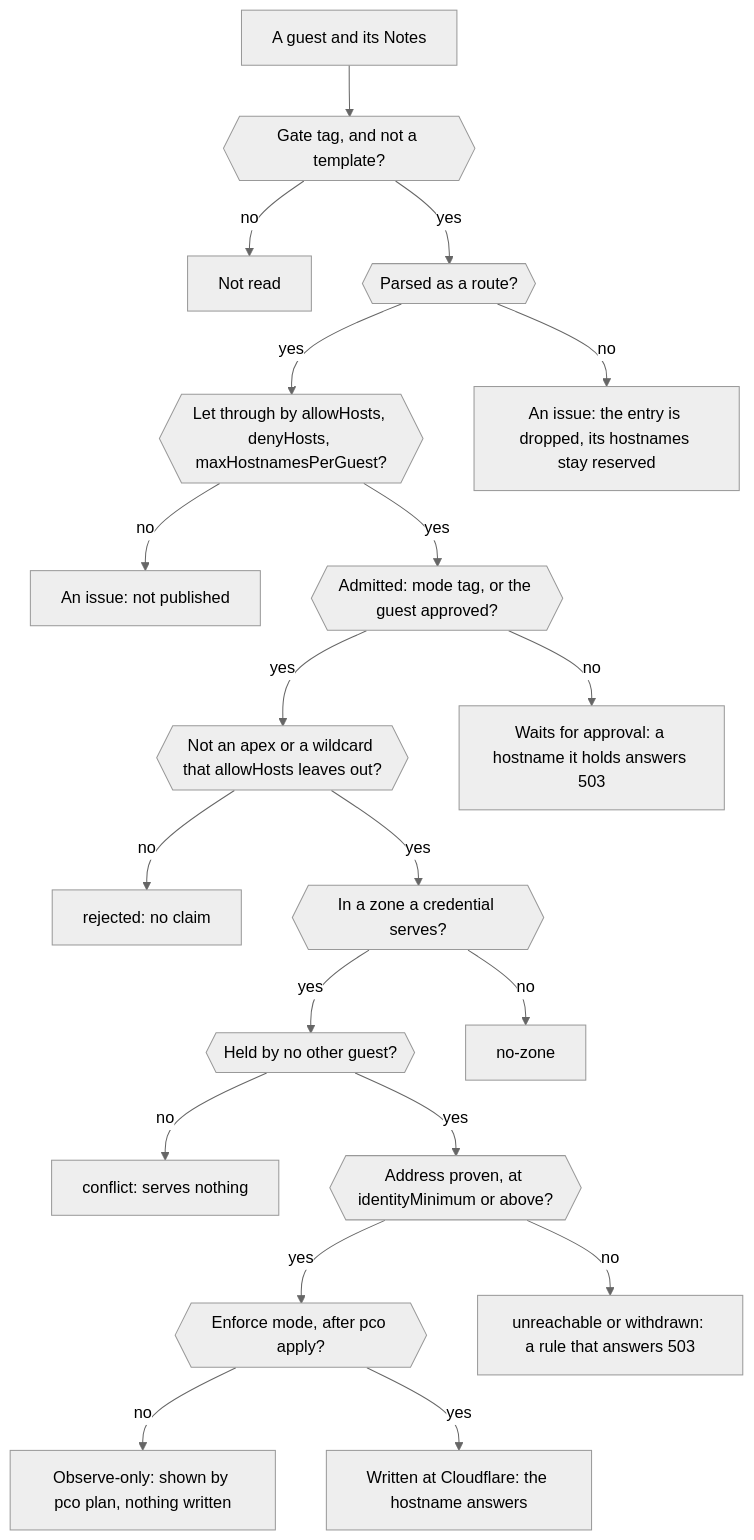
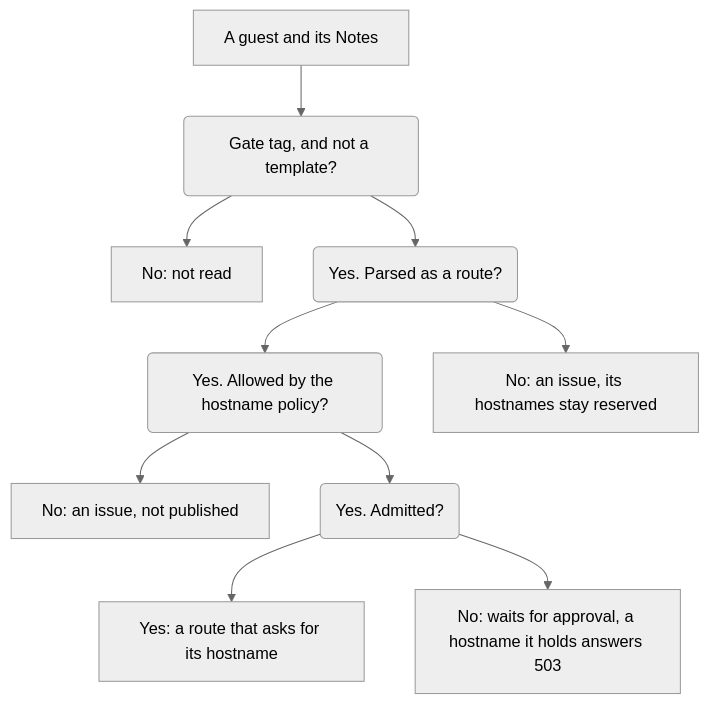
Before and after one commit to anaryk/proxmox-cloudflared-operator: the first of 3 diagrams in docs/annotations.md, drawn with Mermaid (neutral theme). The commit also changed other lines of this file and 5 other files, not shown here.

First line of the commit message:
docs: fix what the review found in the architecture and concept pages

````diff
--- a/docs/annotations.md
+++ b/docs/annotations.md
@@ -16,22 +17,12 @@
-~~~mermaid
+```mermaid
 flowchart TB
-    guest["A guest and its Notes"] --> tag{{"Gate tag, and not a template?"}}
-    tag -->|"no"| unread["Not read"]
-    tag -->|"yes"| parse{{"Parsed as a route?"}}
-    parse -->|"yes"| policy{{"Let through by allowHosts, denyHosts, maxHostnamesPerGuest?"}}
-    parse -->|"no"| issue["An issue: the entry is dropped, its hostnames stay reserved"]
-    policy -->|"no"| refused["An issue: not published"]
-    policy -->|"yes"| admission{{"Admitted: mode tag, or the guest approved?"}}
-    admission -->|"yes"| named{{"Not an apex or a wildcard that allowHosts leaves out?"}}
-    admission -->|"no"| waits["Waits for approval: a hostname it holds answers 503"]
-    named -->|"no"| rejected["rejected: no claim"]
-    named -->|"yes"| zone{{"In a zone a credential serves?"}}
-    zone -->|"yes"| claim{{"Held by no other guest?"}}
-    zone -->|"no"| nozone["no-zone"]
-    claim -->|"no"| conflict["conflict: serves nothing"]
-    claim -->|"yes"| identity{{"Address proven, at identityMinimum or above?"}}
-    identity -->|"yes"| mode{{"Enforce mode, after pco apply?"}}
-    identity -->|"no"| blocked["unreachable or withdrawn: a rule that answers 503"]
-    mode -->|"no"| shown["Observe-only: shown by pco plan, nothing written"]
-    mode -->|"yes"| published["Written at Cloudflare: the hostname answers"]
-~~~
+    guest["A guest and its Notes"] --> tag("Gate tag, and not a template?")
+    tag --> unread["No: not read"]
+    tag --> parse("Yes. Parsed as a route?")
+    parse --> policy("Yes. Allowed by the hostname policy?")
+    parse --> issue["No: an issue, its hostnames stay reserved"]
+    policy --> refused["No: an issue, not published"]
+    policy --> admission("Yes. Admitted?")
+    admission --> route["Yes: a route that asks for its hostname"]
+    admission --> waits["No: waits for approval, a hostname it holds answers 503"]
+```
````
